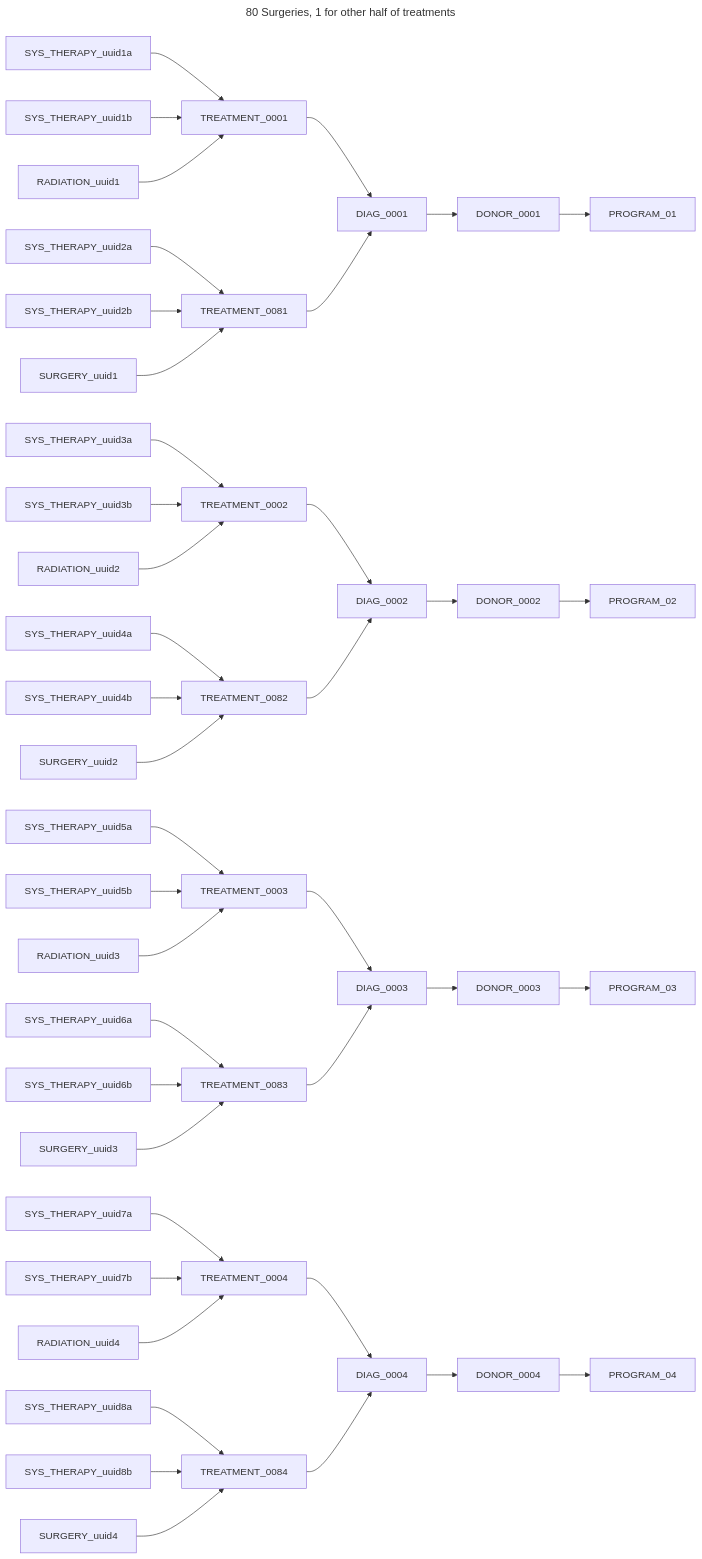
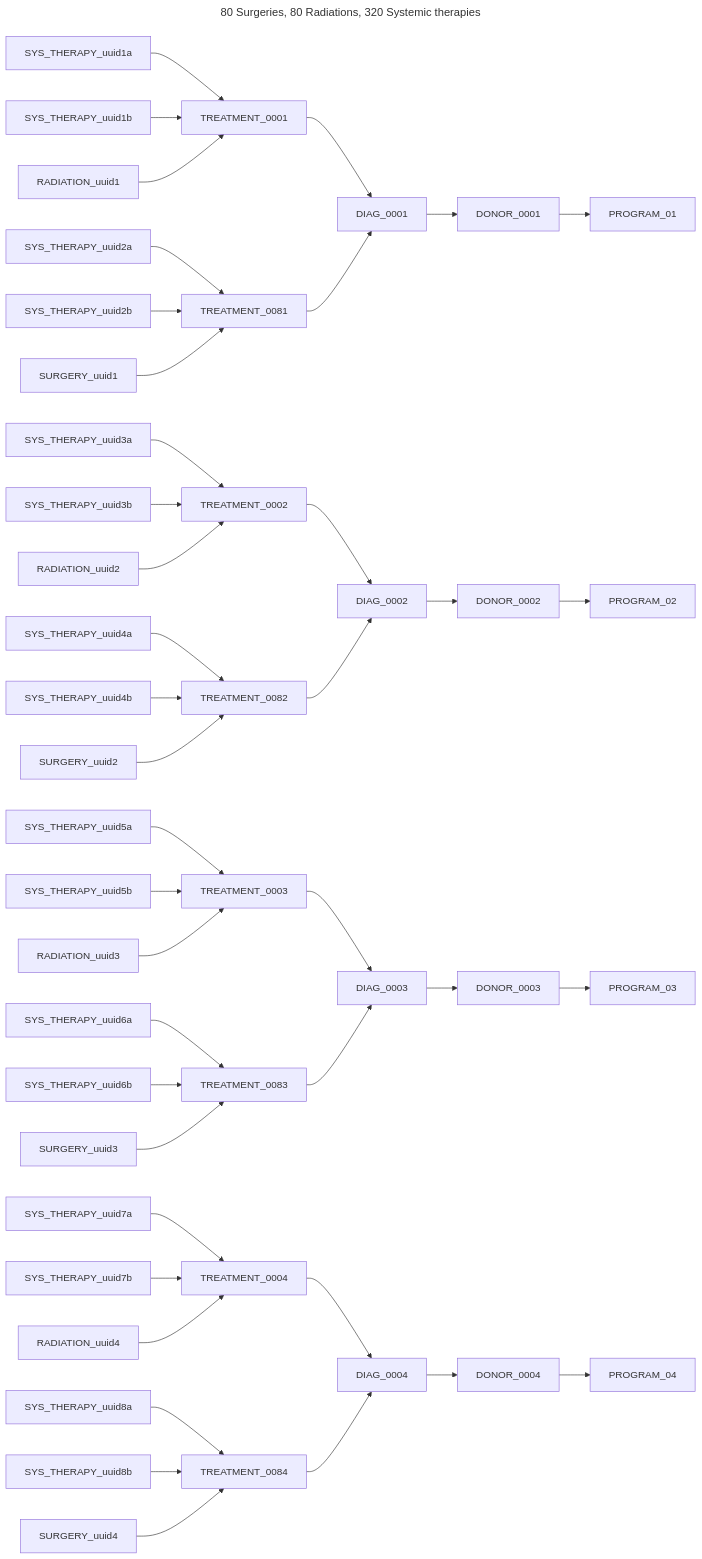
The second of 4 diagrams in chord_metadata_service/mohpackets/data/small_dataset/README.md (CanDIG/katsu), drawn with Mermaid before and after one commit. The commit also changed other lines of this file, not shown here.

Commit message:
reduce graphs

````diff
--- a/chord_metadata_service/mohpackets/data/small_dataset/README.md
+++ b/chord_metadata_service/mohpackets/data/small_dataset/README.md
@@ -170,42 +56,42 @@
 ```mermaid
 ---
-title: 80 Surgeries, 1 for other half of treatments
+title: 80 Surgeries, 80 Radiations, 320 Systemic therapies
 ---
 graph LR;  
   DIAG_0001 --> DONOR_0001 --> PROGRAM_01;  
   DIAG_0002 --> DONOR_0002 --> PROGRAM_02;  
   DIAG_0003 --> DONOR_0003 --> PROGRAM_03;  
   DIAG_0004 --> DONOR_0004 --> PROGRAM_04;
   TREATMENT_0001 --> DIAG_0001;
   TREATMENT_0081 --> DIAG_0001;  
   TREATMENT_0002 --> DIAG_0002; 
   TREATMENT_0082 --> DIAG_0002;  
   TREATMENT_0003 --> DIAG_0003; 
   TREATMENT_0083 --> DIAG_0003; 
   TREATMENT_0004 --> DIAG_0004; 
   TREATMENT_0084 --> DIAG_0004; 
   SYS_THERAPY_uuid1a --> TREATMENT_0001;
   SYS_THERAPY_uuid1b --> TREATMENT_0001;
   SYS_THERAPY_uuid2a --> TREATMENT_0081;
   SYS_THERAPY_uuid2b --> TREATMENT_0081;  
   SYS_THERAPY_uuid3a --> TREATMENT_0002; 
   SYS_THERAPY_uuid3b --> TREATMENT_0002; 
   SYS_THERAPY_uuid4a --> TREATMENT_0082;  
   SYS_THERAPY_uuid4b --> TREATMENT_0082;  
   SYS_THERAPY_uuid5a --> TREATMENT_0003; 
   SYS_THERAPY_uuid5b --> TREATMENT_0003; 
   SYS_THERAPY_uuid6a --> TREATMENT_0083; 
   SYS_THERAPY_uuid6b --> TREATMENT_0083; 
   SYS_THERAPY_uuid7a --> TREATMENT_0004; 
   SYS_THERAPY_uuid7b --> TREATMENT_0004; 
   SYS_THERAPY_uuid8a --> TREATMENT_0084;
   SYS_THERAPY_uuid8b --> TREATMENT_0084;
   RADIATION_uuid1 --> TREATMENT_0001;
   RADIATION_uuid2 --> TREATMENT_0002; 
   RADIATION_uuid3 --> TREATMENT_0003;  
   RADIATION_uuid4 --> TREATMENT_0004;  
   SURGERY_uuid1 --> TREATMENT_0081;
   SURGERY_uuid2 --> TREATMENT_0082; 
   SURGERY_uuid3 --> TREATMENT_0083;  
   SURGERY_uuid4 --> TREATMENT_0084;  
 ```
````
